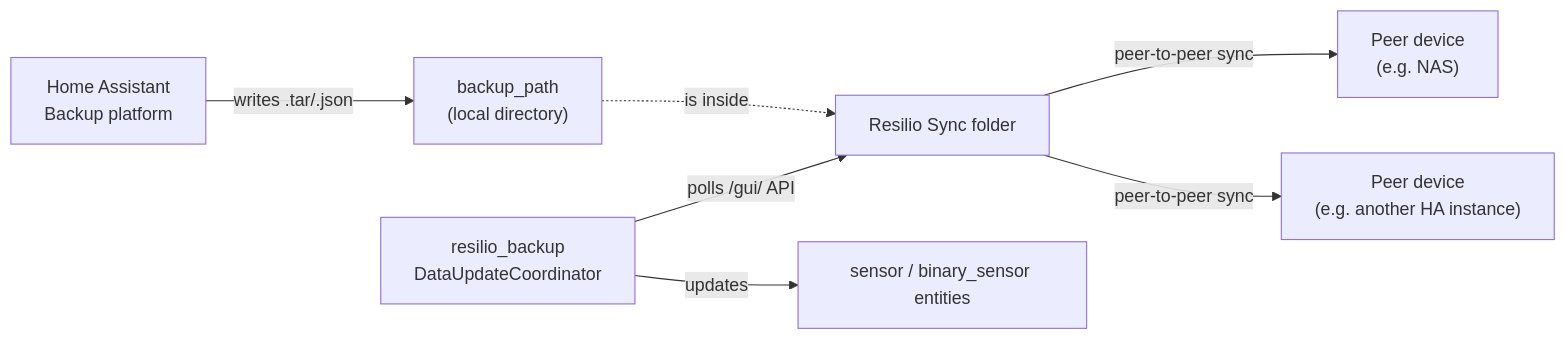
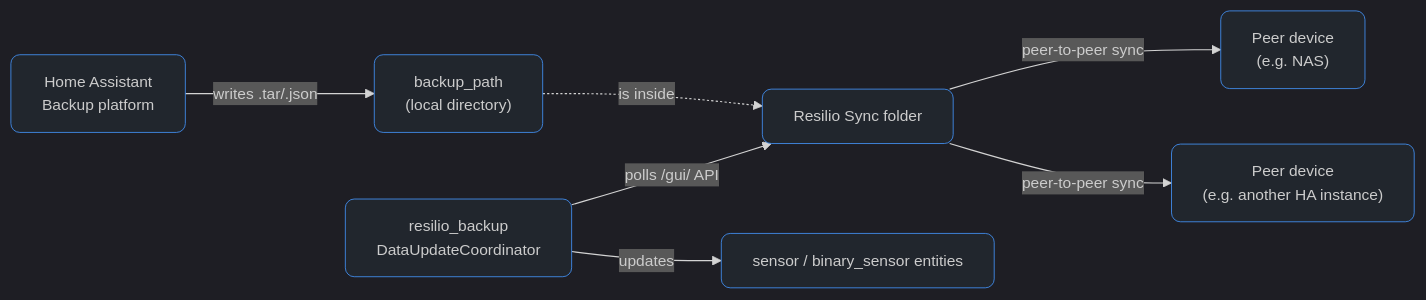
One commit to lowlysre/ha-backup-resilio changed the diagram in docs/how-it-works.md. Above: the diagram before and after it, drawn with Mermaid.

Commit message:
Style the Mermaid diagram: dark theme, rounded nodes, HA-blue borders

````diff
--- a/docs/how-it-works.md
+++ b/docs/how-it-works.md
@@ -3,9 +3,11 @@
 ```mermaid
+%%{init: {"theme": "dark", "flowchart": {"padding": 14}, "themeVariables": {"fontSize": "14px", "mainBkg": "#21262d", "nodeBorder": "#4493f8"}}}%%
 flowchart LR
+    classDef default rx:8,ry:8,stroke-width:0.75px
     HA["Home Assistant<br/>Backup platform"] -- writes .tar/.json --> BP["backup_path<br/>(local directory)"]
     BP -. is inside .-> RF["Resilio Sync folder"]
     RF -- peer-to-peer sync --> Peer1["Peer device<br/>(e.g. NAS)"]
     RF -- peer-to-peer sync --> Peer2["Peer device<br/>(e.g. another HA instance)"]
     Coord["resilio_backup<br/>DataUpdateCoordinator"] -- polls /gui/ API --> RF
     Coord -- updates --> Ent["sensor / binary_sensor entities"]
 ```
````
